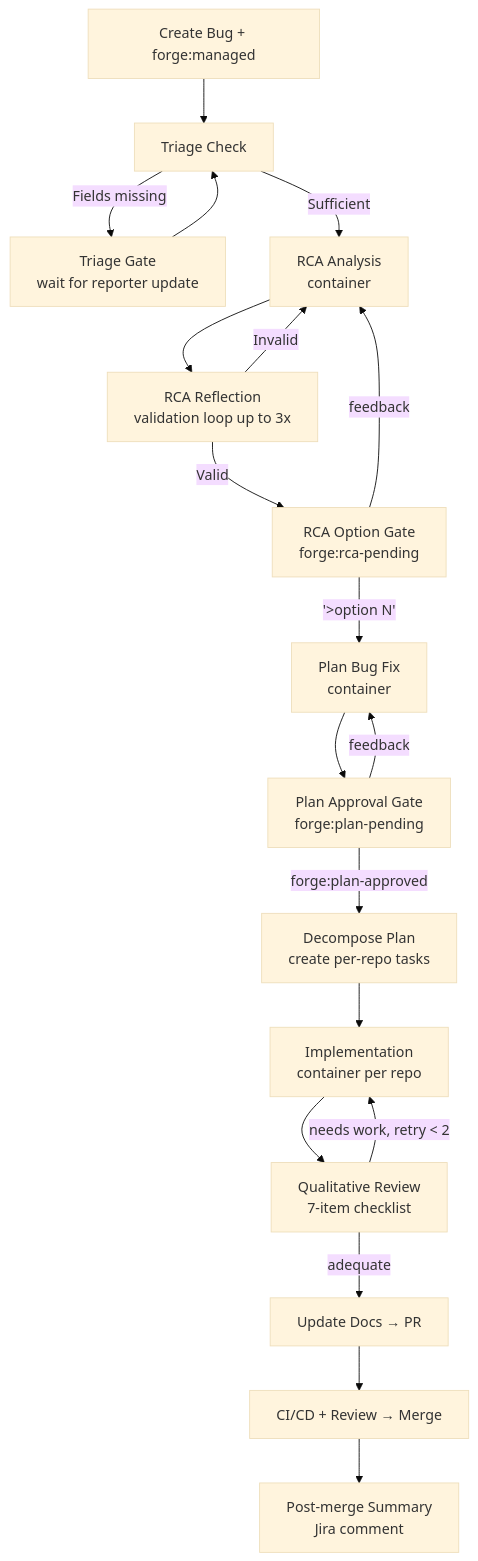
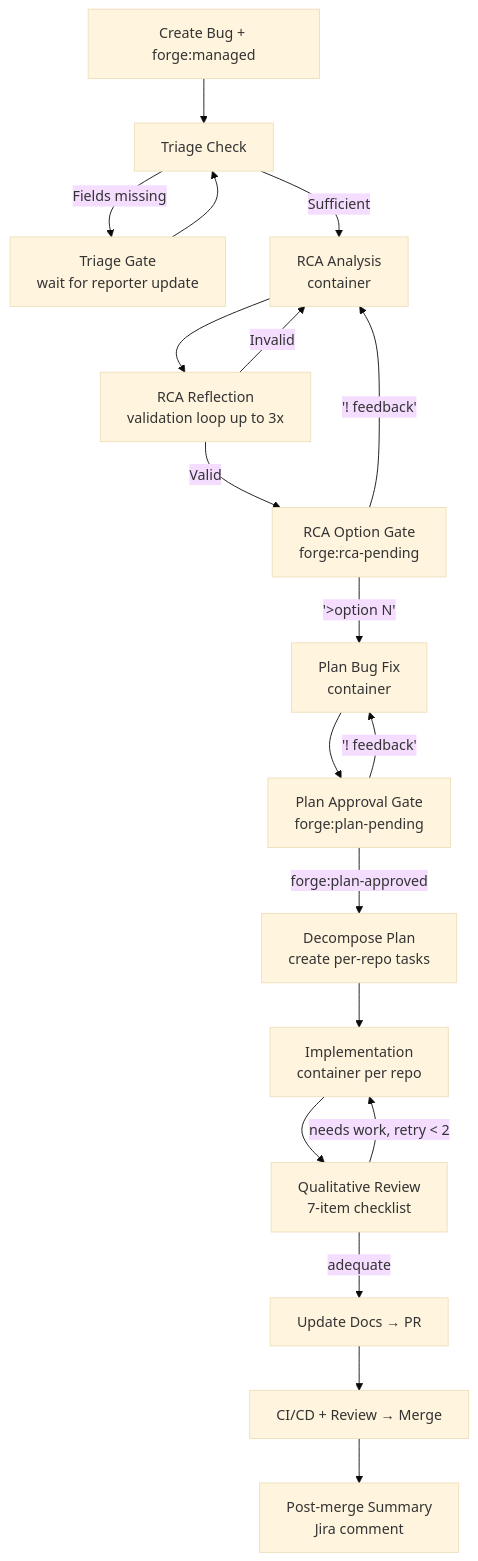
The diagram in docs/guide/bug-workflow.md (ekuris-redhat/forge), drawn with Mermaid (base theme) before and after one commit. The commit also changed other lines of this file and 9 other files, not shown here.

````diff
--- a/docs/guide/bug-workflow.md
+++ b/docs/guide/bug-workflow.md
@@ -7,21 +7,21 @@
 ```mermaid
 flowchart TD
     A[Create Bug + forge:managed] --> B[Triage Check]
     B -->|Fields missing| C[Triage Gate\nwait for reporter update]
     C --> B
     B -->|Sufficient| D[RCA Analysis\ncontainer]
     D --> E[RCA Reflection\nvalidation loop up to 3x]
     E -->|Invalid| D
     E -->|Valid| F[RCA Option Gate\nforge:rca-pending]
     F -->|'>option N'| G[Plan Bug Fix\ncontainer]
-    F -->|feedback| D
+    F -->|'! feedback'| D
     G --> H[Plan Approval Gate\nforge:plan-pending]
     H -->|forge:plan-approved| I[Decompose Plan\ncreate per-repo tasks]
-    H -->|feedback| G
+    H -->|'! feedback'| G
     I --> J[Implementation\ncontainer per repo]
     J --> K[Qualitative Review\n7-item checklist]
     K -->|adequate| L[Update Docs → PR]
     K -->|needs work, retry < 2| J
     L --> M[CI/CD + Review → Merge]
     M --> N[Post-merge Summary\nJira comment]
 ```
````
